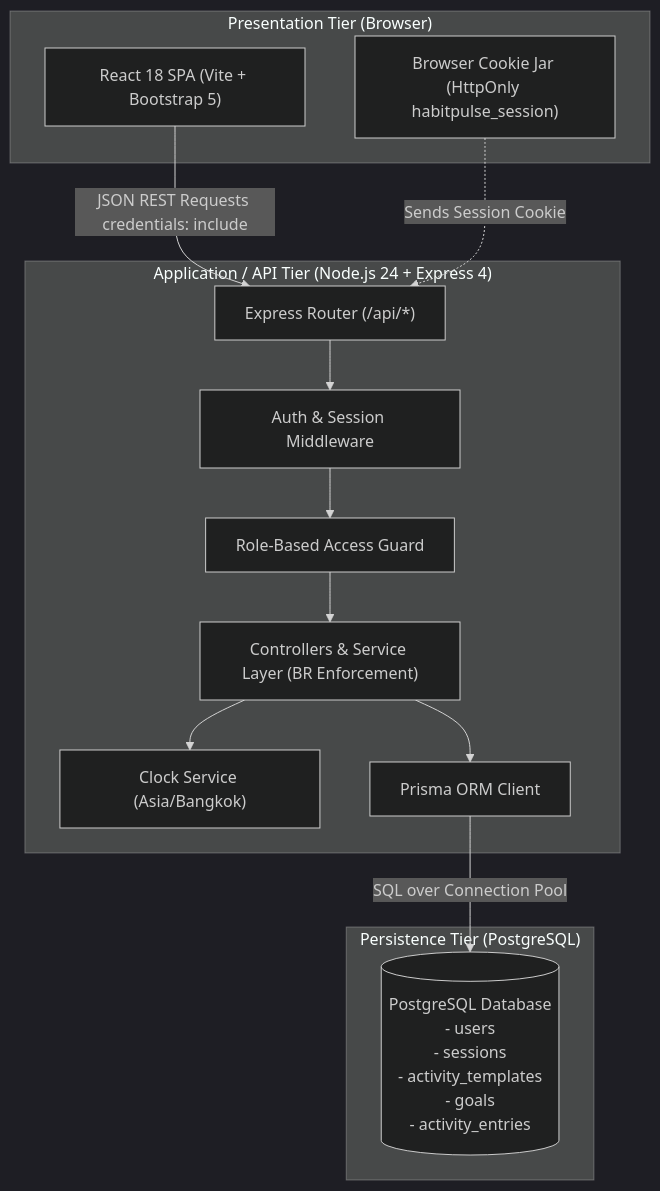
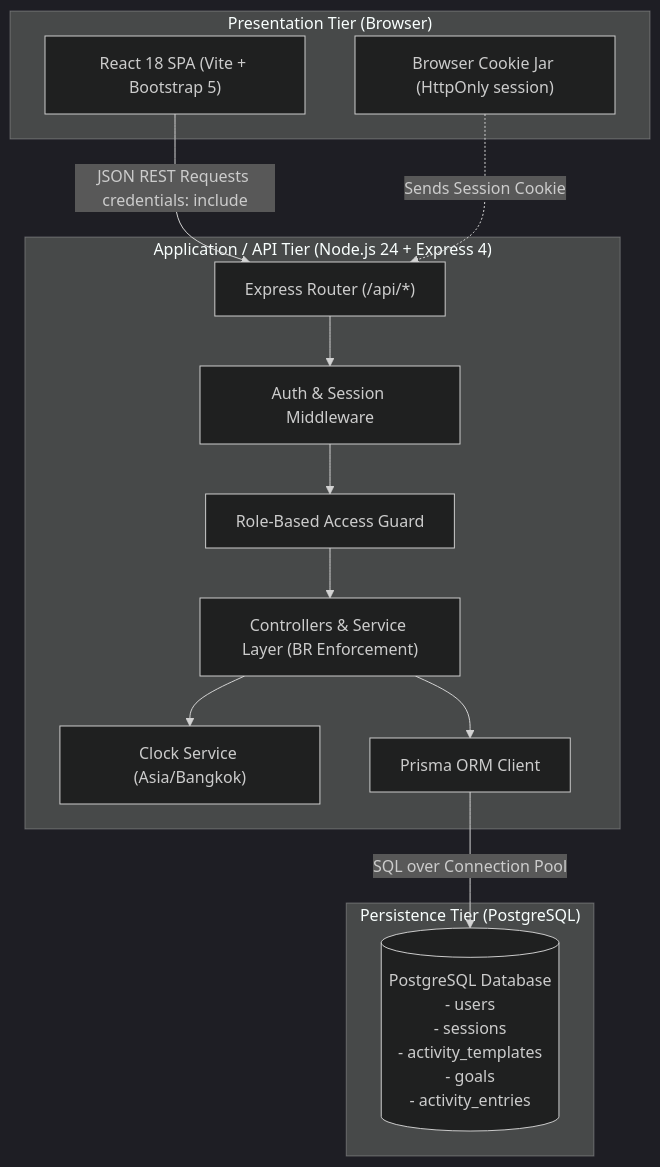
One commit to SANOP19/cpe334-p8-habit-tracker changed the first of 4 diagrams in docs/system-sds.md. Above: the diagram before and after it, drawn with Mermaid (dark theme). The commit also changed other lines of this file, not shown here.

````diff
--- a/docs/system-sds.md
+++ b/docs/system-sds.md
@@ -23,34 +23,34 @@
 ```mermaid
 flowchart TD
     subgraph ClientTier ["Presentation Tier (Browser)"]
         SPA["React 18 SPA (Vite + Bootstrap 5)"]
-        CookieJar["Browser Cookie Jar (HttpOnly habitpulse_session)"]
+        CookieJar["Browser Cookie Jar (HttpOnly session)"]
     end
 
     subgraph ServerTier ["Application / API Tier (Node.js 24 + Express 4)"]
         Router["Express Router (/api/*)"]
         AuthMid["Auth & Session Middleware"]
         RoleGuard["Role-Based Access Guard"]
         Controllers["Controllers & Service Layer (BR Enforcement)"]
         ClockSvc["Clock Service (Asia/Bangkok)"]
         PrismaORM["Prisma ORM Client"]
     end
 
     subgraph DataTier ["Persistence Tier (PostgreSQL)"]
         PG[("PostgreSQL Database
         - users
         - sessions
         - activity_templates
         - goals
         - activity_entries")]
     end
 
     SPA -->|JSON REST Requests credentials: include| Router
     CookieJar -.->|Sends Session Cookie| Router
     Router --> AuthMid
     AuthMid --> RoleGuard
     RoleGuard --> Controllers
     Controllers --> ClockSvc
     Controllers --> PrismaORM
     PrismaORM -->|SQL over Connection Pool| PG
 ```
````
